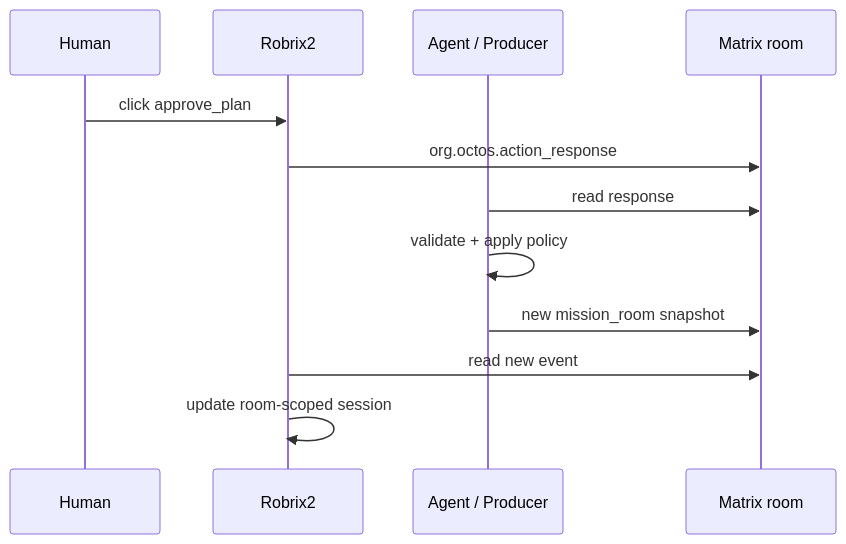
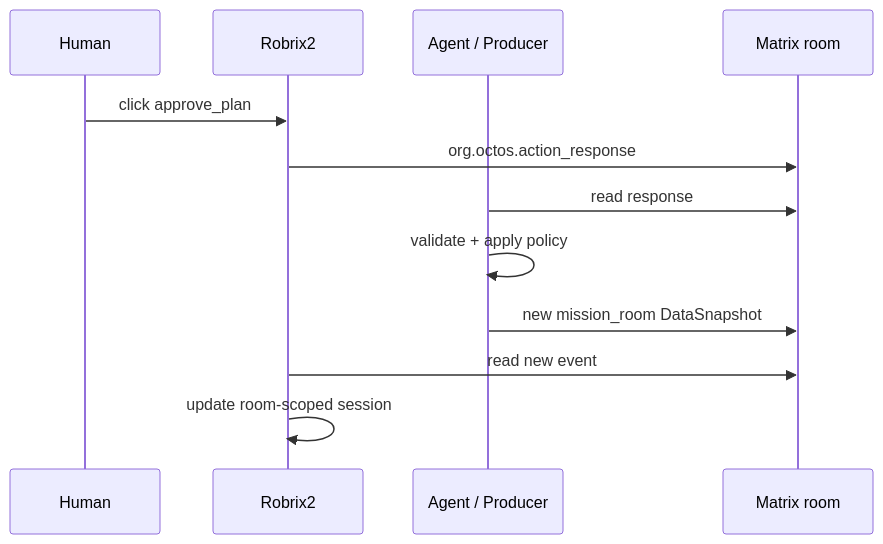
The second of 2 diagrams in examples/aichat/specs/agent2app-book/src/10-mission-room-profile.md (ZhangHanDong/makepad), drawn with Mermaid before and after one commit. The commit also changed other lines of this file and 37 other files, not shown here.

````diff
--- a/examples/aichat/specs/agent2app-book/src/10-mission-room-profile.md
+++ b/examples/aichat/specs/agent2app-book/src/10-mission-room-profile.md
@@ -159,15 +169,15 @@
 ```mermaid
 sequenceDiagram
     participant H as Human
     participant R as Robrix2
     participant A as Agent / Producer
     participant M as Matrix room
 
     H->>R: click approve_plan
     R->>M: org.octos.action_response
     A->>M: read response
     A->>A: validate + apply policy
-    A->>M: new mission_room snapshot
+    A->>M: new mission_room DataSnapshot
     R->>M: read new event
     R->>R: update room-scoped session
 ```
````
